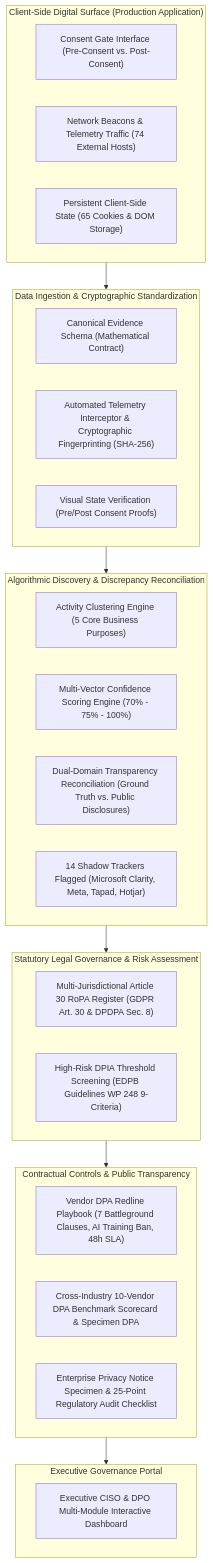
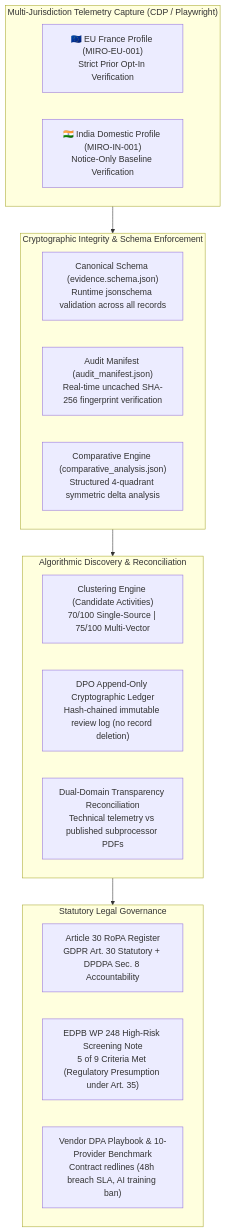
The diagram in README.md (tbinitial-cyber/Privacy-Engineering-GRC-Platform), drawn with Mermaid before and after one commit. The commit also changed other lines of this file and 8 other files, not shown here.

Commit message:
fix(governance): implement symmetric 4-quadrant experiment, uncached real-time SHA-256 verifier, append-only DPO event ledger, EDPB WP 248 harmonization, and canonical capture CLI

````diff
--- a/README.md
+++ b/README.md
@@ -37,42 +61,29 @@
 ```mermaid
 flowchart TD
-    subgraph ClientSide ["Client-Side Digital Surface (Production Application)"]
-        A1["Consent Gate Interface (Pre-Consent vs. Post-Consent)"]
-        A2["Network Beacons & Telemetry Traffic (74 External Hosts)"]
-        A3["Persistent Client-Side State (65 Cookies & DOM Storage)"]
+    subgraph CaptureLayer ["Multi-Jurisdiction Telemetry Capture (CDP / Playwright)"]
+        A1["🇪🇺 EU France Profile (MIRO-EU-001)<br/>Strict Prior Opt-In Verification"]
+        A2["🇮🇳 India Domestic Profile (MIRO-IN-001)<br/>Notice-Only Baseline Verification"]
     end
 
-    subgraph Step12 ["Data Ingestion & Cryptographic Standardization"]
-        B1["Canonical Evidence Schema (Mathematical Contract)"]
-        B2["Automated Telemetry Interceptor & Cryptographic Fingerprinting (SHA-256)"]
-        B3["Visual State Verification (Pre/Post Consent Proofs)"]
+    subgraph IntegrityLayer ["Cryptographic Integrity & Schema Enforcement"]
+        B1["Canonical Schema (evidence.schema.json)<br/>Runtime jsonschema validation across all records"]
+        B2["Audit Manifest (audit_manifest.json)<br/>Real-time uncached SHA-256 fingerprint verification"]
+        B3["Comparative Engine (comparative_analysis.json)<br/>Structured 4-quadrant symmetric delta analysis"]
     end
 
-    subgraph Step34 ["Algorithmic Discovery & Discrepancy Reconciliation"]
-        C1["Activity Clustering Engine (5 Core Business Purposes)"]
-        C2["Multi-Vector Confidence Scoring Engine (70% - 75% - 100%)"]
-        C3["Dual-Domain Transparency Reconciliation (Ground Truth vs. Public Disclosures)"]
-        C4["14 Shadow Trackers Flagged (Microsoft Clarity, Meta, Tapad, Hotjar)"]
+    subgraph DiscrepancyLayer ["Algorithmic Discovery & Reconciliation"]
+        C1["Clustering Engine (Candidate Activities)<br/>70/100 Single-Source | 75/100 Multi-Vector"]
+        C2["DPO Append-Only Cryptographic Ledger<br/>Hash-chained immutable review log (no record deletion)"]
+        C3["Dual-Domain Transparency Reconciliation<br/>Technical telemetry vs published subprocessor PDFs"]
     end
 
-    subgraph Step56 ["Statutory Legal Governance & Risk Assessment"]
-        D1["Multi-Jurisdictional Article 30 RoPA Register (GDPR Art. 30 & DPDPA Sec. 8)"]
-        D2["High-Risk DPIA Threshold Screening (EDPB Guidelines WP 248 9-Criteria)"]
+    subgraph StatutoryLayer ["Statutory Legal Governance"]
+        D1["Article 30 RoPA Register<br/>GDPR Art. 30 Statutory + DPDPA Sec. 8 Accountability"]
+        D2["EDPB WP 248 High-Risk Screening Note<br/>5 of 9 Criteria Met (Regulatory Presumption under Art. 35)"]
+        D3["Vendor DPA Playbook & 10-Provider Benchmark<br/>Contract redlines (48h breach SLA, AI training ban)"]
     end
 
-    subgraph Step789 ["Contractual Controls & Public Transparency"]
-        E1["Vendor DPA Redline Playbook (7 Battleground Clauses, AI Training Ban, 48h SLA)"]
-        E2["Cross-Industry 10-Vendor DPA Benchmark Scorecard & Specimen DPA"]
-        E3["Enterprise Privacy Notice Specimen & 25-Point Regulatory Audit Checklist"]
-    end
-
-    subgraph ExecutiveUI ["Executive Governance Portal"]
-        F1["Executive CISO & DPO Multi-Module Interactive Dashboard"]
-    end
-
-    ClientSide --> Step12
-    Step12 --> Step34
-    Step34 --> Step56
-    Step56 --> Step789
-    Step789 --> ExecutiveUI
+    CaptureLayer --> IntegrityLayer
+    IntegrityLayer --> DiscrepancyLayer
+    DiscrepancyLayer --> StatutoryLayer
 ```
````
